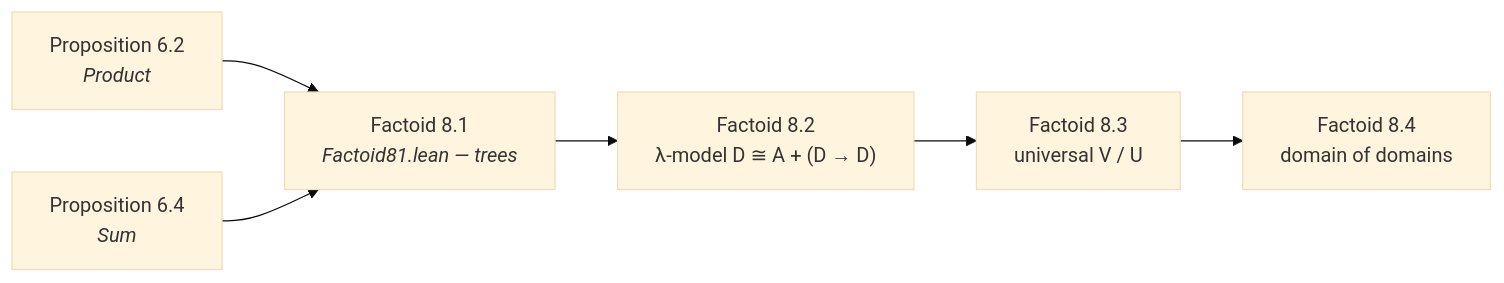
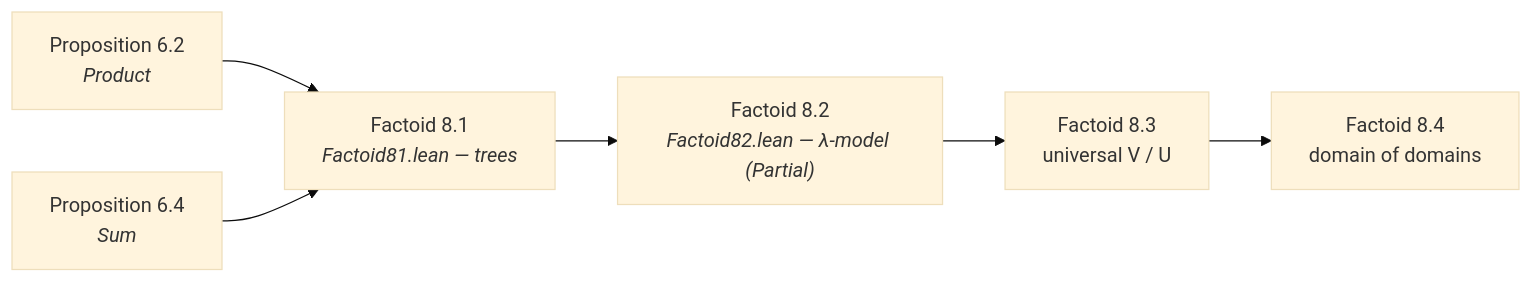
The tenth of 10 diagrams in arxiv.md (catskillsresearch/scott1982), drawn with Mermaid (base theme) before and after one commit. The commit also changed other lines of this file and 4 other files, not shown here.

Commit message:
Partial Factoid 8.2: staged LamCon/LamEnt for D ≅ A + (D → D).

````diff
--- a/arxiv.md
+++ b/arxiv.md
@@ -644,12 +644,12 @@
 ```mermaid
 flowchart LR
   P62["Proposition 6.2<br/><i>Product</i>"]
   P64["Proposition 6.4<br/><i>Sum</i>"]
   F81["Factoid 8.1<br/><i>Factoid81.lean — trees</i>"]
-  F82["Factoid 8.2<br/>λ-model D ≅ A + (D → D)"]
+  F82["Factoid 8.2<br/><i>Factoid82.lean — λ-model (Partial)</i>"]
   F83["Factoid 8.3<br/>universal V / U"]
   F84["Factoid 8.4<br/>domain of domains"]
   P62 --> F81
   P64 --> F81
   F81 --> F82 --> F83 --> F84
 ```
````
